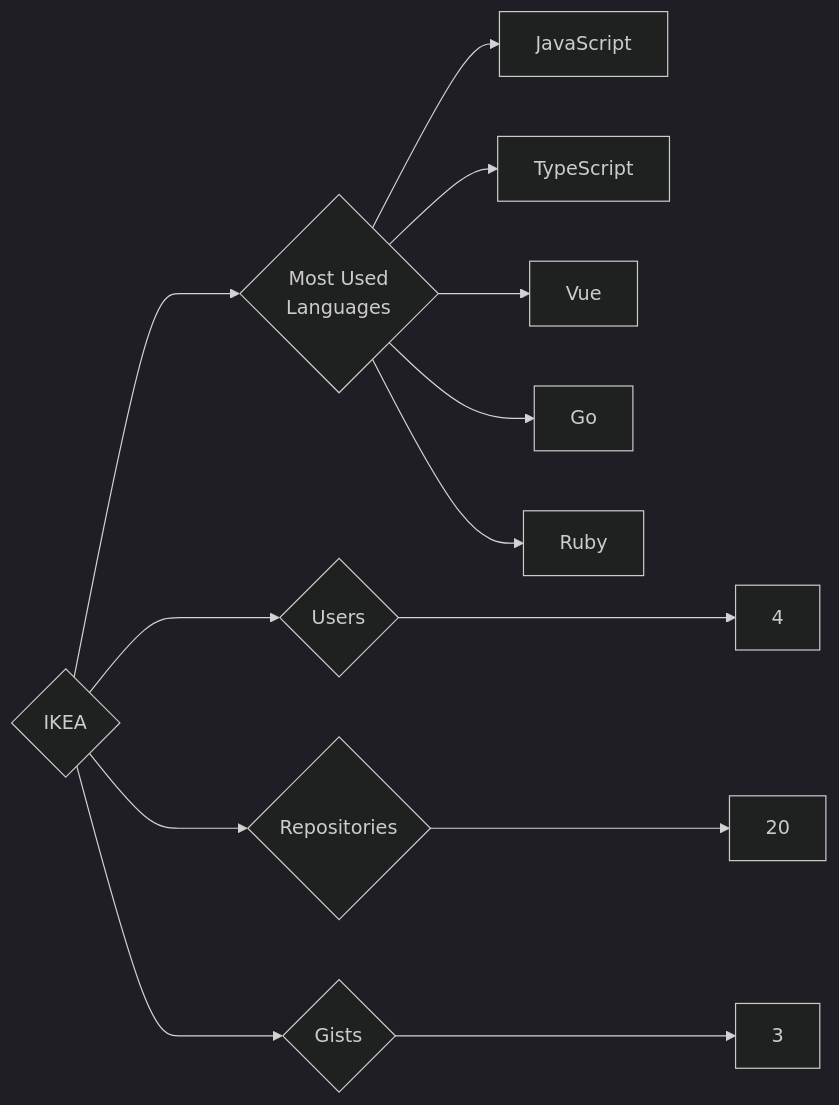
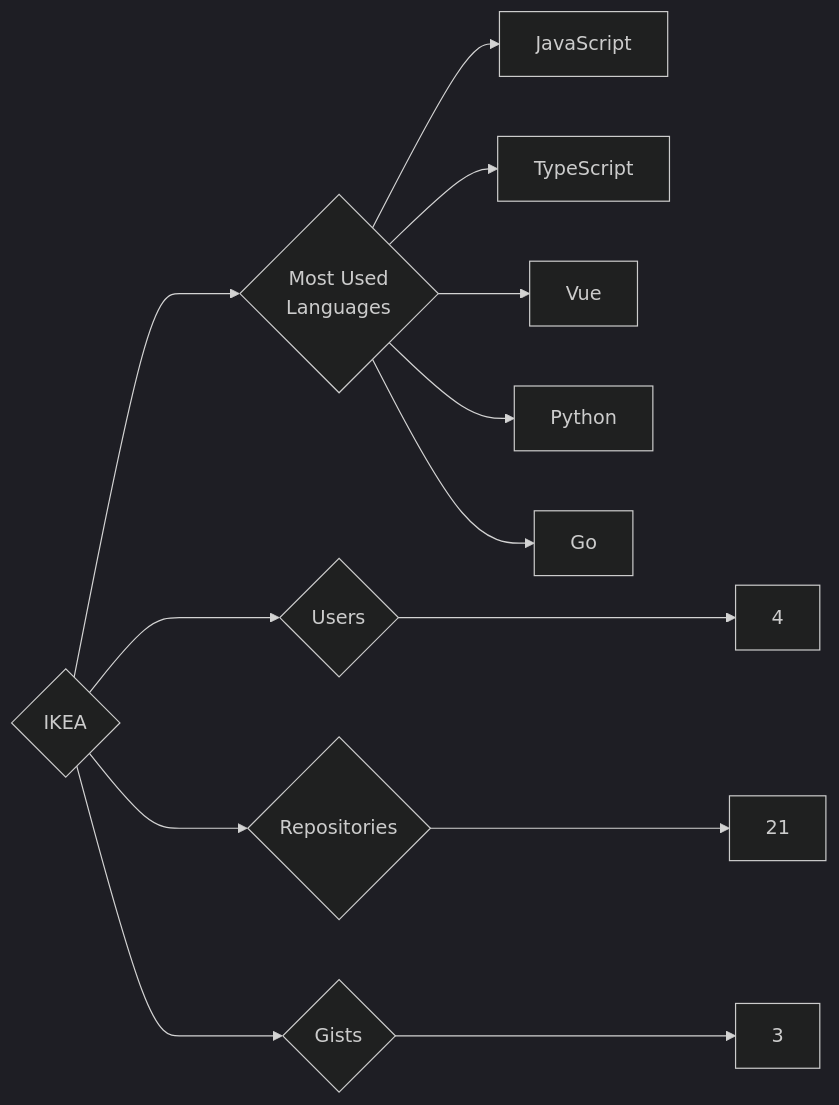
One commit to trickest/insiders changed the diagram in targets/IKEA/README.md. Above: the diagram before and after it, drawn with Mermaid (dark theme). The commit also changed 1055 other files, not shown here.

````diff
--- a/targets/IKEA/README.md
+++ b/targets/IKEA/README.md
@@ -3,13 +3,13 @@
 ```mermaid
 graph LR
 COMPANY_NAME{IKEA}
 COMPANY_NAME ---> U{Users} ---> UN[4]
-COMPANY_NAME ---> R{Repositories} ---> RN[20]
+COMPANY_NAME ---> R{Repositories} ---> RN[21]
 COMPANY_NAME ---> G{Gists} ---> GN[3]
 COMPANY_NAME ---> ML{Most Used<br>Languages}
 ML --> JavaScript[JavaScript]
 ML --> TypeScript[TypeScript]
 ML --> Vue[Vue]
+ML --> Python[Python]
 ML --> Go[Go]
-ML --> Ruby[Ruby]
 ```
````
